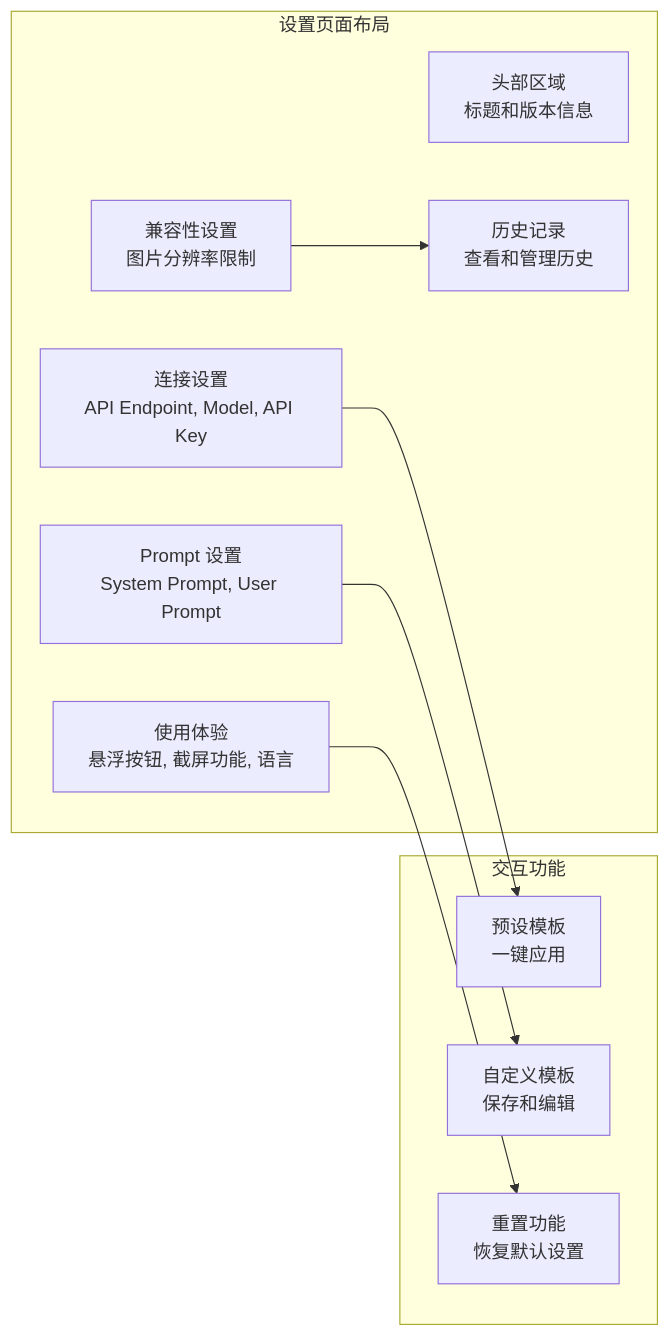
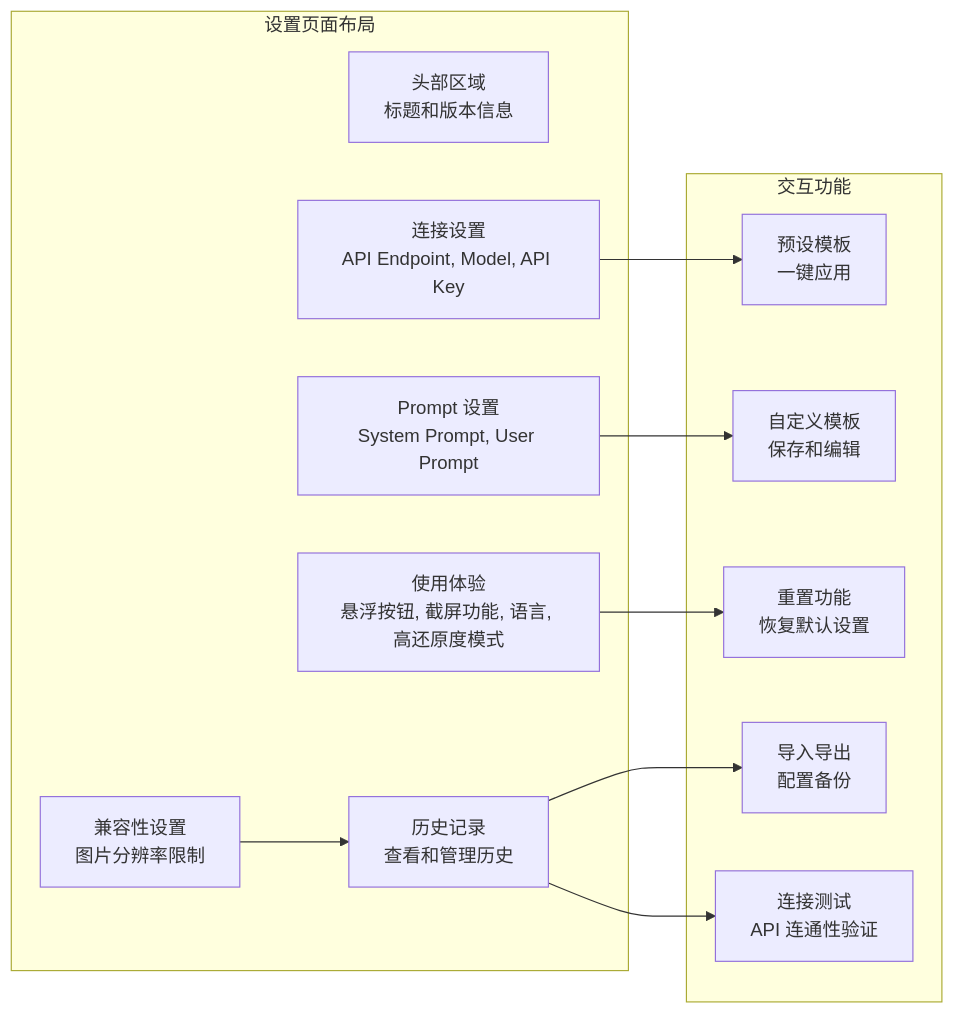
One commit to binasi/Img2Prompt changed the fourth of 4 diagrams in .qoder/repowiki/zh/content/配置与定制/基础配置.md. Above: the diagram before and after it, drawn with Mermaid. The commit also changed other lines of this file and 9 other files, not shown here.

````diff
--- a/.qoder/repowiki/zh/content/配置与定制/基础配置.md
+++ b/.qoder/repowiki/zh/content/配置与定制/基础配置.md
@@ -401,20 +439,24 @@
 ```mermaid
 graph LR
 subgraph "设置页面布局"
 Header[头部区域<br/>标题和版本信息]
 Connection[连接设置<br/>API Endpoint, Model, API Key]
 Prompt[Prompt 设置<br/>System Prompt, User Prompt]
-Experience[使用体验<br/>悬浮按钮, 截屏功能, 语言]
+Experience[使用体验<br/>悬浮按钮, 截屏功能, 语言, 高还原度模式]
 Compatibility[兼容性设置<br/>图片分辨率限制]
 History[历史记录<br/>查看和管理历史]
 end
 subgraph "交互功能"
 Preset[预设模板<br/>一键应用]
 Custom[自定义模板<br/>保存和编辑]
 Reset[重置功能<br/>恢复默认设置]
+ImportExport[导入导出<br/>配置备份]
+TestConnection[连接测试<br/>API 连通性验证]
 end
 Connection --> Preset
 Prompt --> Custom
 Experience --> Reset
 Compatibility --> History
+History --> ImportExport
+History --> TestConnection
 ```
````
